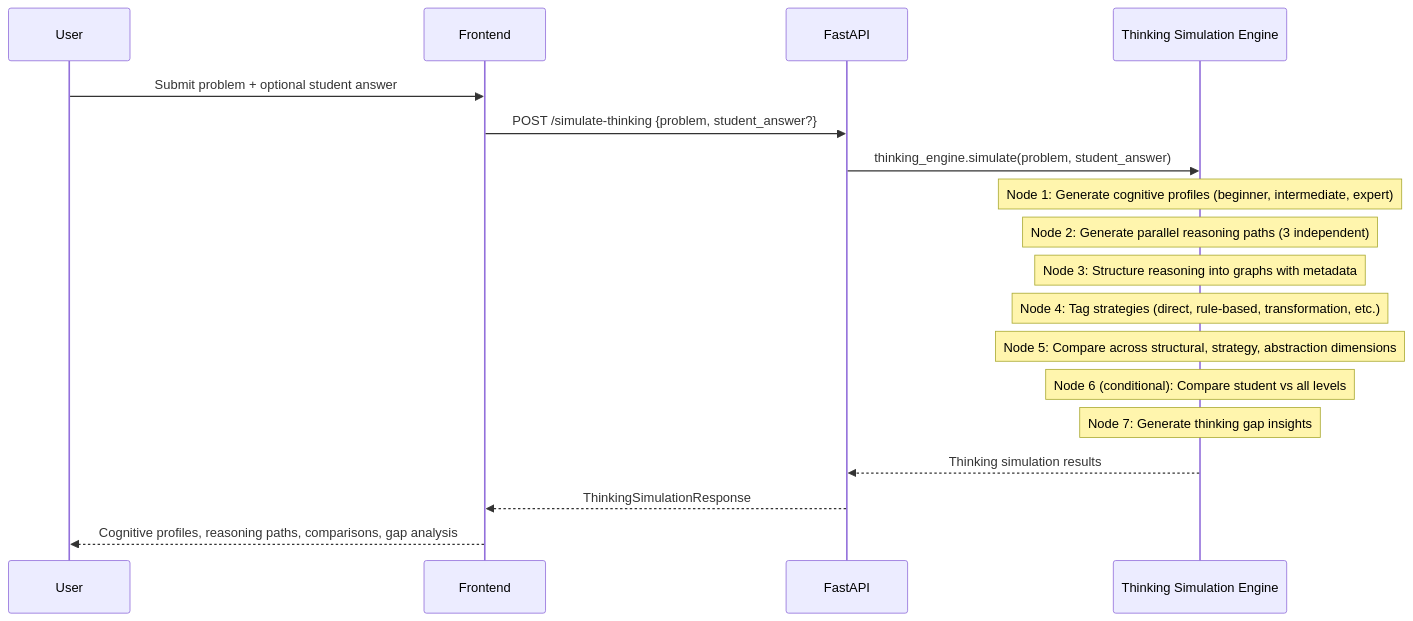
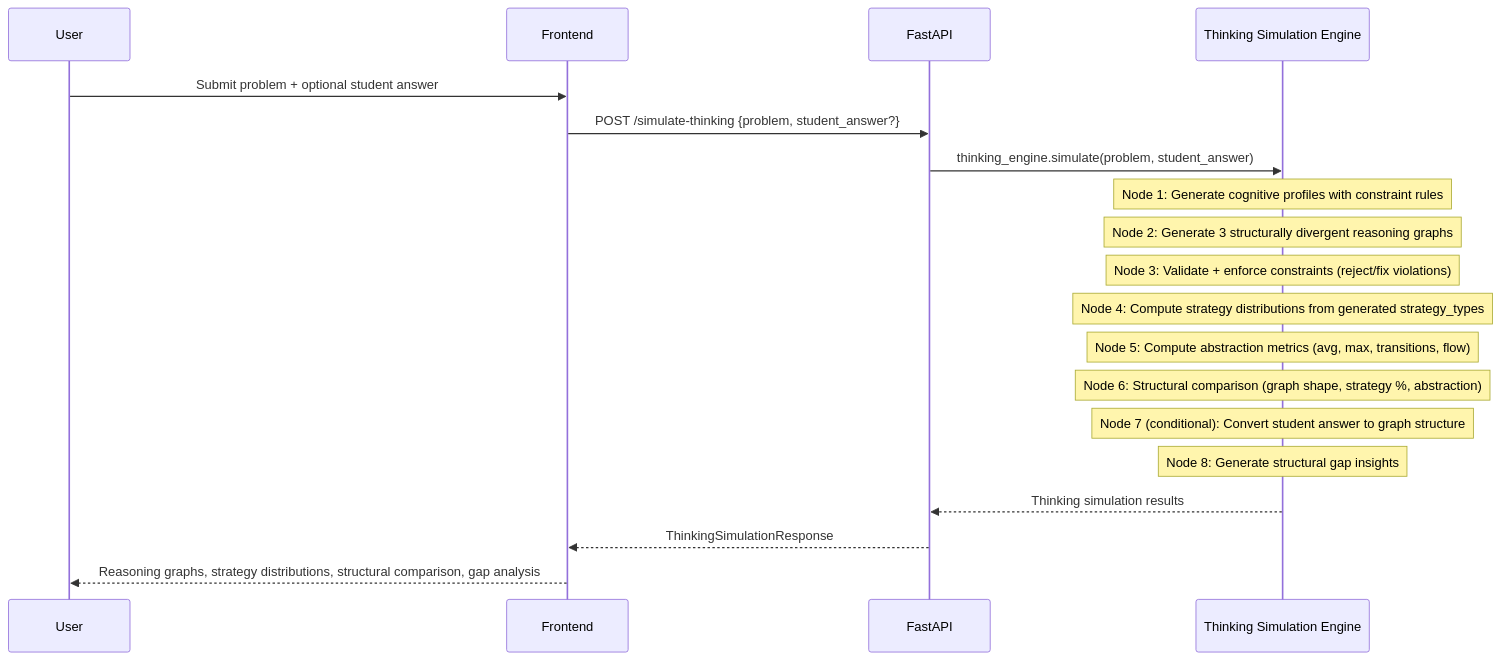
The sixth of 6 diagrams in README.md (chandan112307/evilearn-2), drawn with Mermaid before and after one commit. The commit also changed other lines of this file and 3 other files, not shown here.

First line of the commit message:
docs: update all READMEs with graph-based cognitive reasoning engine architecture

````diff
--- a/README.md
+++ b/README.md
@@ -352,23 +469,24 @@
 ```mermaid
 sequenceDiagram
     participant U as User
     participant FE as Frontend
     participant API as FastAPI
     participant TSE as Thinking Simulation Engine
 
     U->>FE: Submit problem + optional student answer
     FE->>API: POST /simulate-thinking {problem, student_answer?}
     API->>TSE: thinking_engine.simulate(problem, student_answer)
 
-    Note over TSE: Node 1: Generate cognitive profiles (beginner, intermediate, expert)
-    Note over TSE: Node 2: Generate parallel reasoning paths (3 independent)
-    Note over TSE: Node 3: Structure reasoning into graphs with metadata
-    Note over TSE: Node 4: Tag strategies (direct, rule-based, transformation, etc.)
-    Note over TSE: Node 5: Compare across structural, strategy, abstraction dimensions
-    Note over TSE: Node 6 (conditional): Compare student vs all levels
-    Note over TSE: Node 7: Generate thinking gap insights
+    Note over TSE: Node 1: Generate cognitive profiles with constraint rules
+    Note over TSE: Node 2: Generate 3 structurally divergent reasoning graphs
+    Note over TSE: Node 3: Validate + enforce constraints (reject/fix violations)
+    Note over TSE: Node 4: Compute strategy distributions from generated strategy_types
+    Note over TSE: Node 5: Compute abstraction metrics (avg, max, transitions, flow)
+    Note over TSE: Node 6: Structural comparison (graph shape, strategy %, abstraction)
+    Note over TSE: Node 7 (conditional): Convert student answer to graph structure
+    Note over TSE: Node 8: Generate structural gap insights
 
     TSE-->>API: Thinking simulation results
     API-->>FE: ThinkingSimulationResponse
-    FE-->>U: Cognitive profiles, reasoning paths, comparisons, gap analysis
+    FE-->>U: Reasoning graphs, strategy distributions, structural comparison, gap analysis
 ```
````
